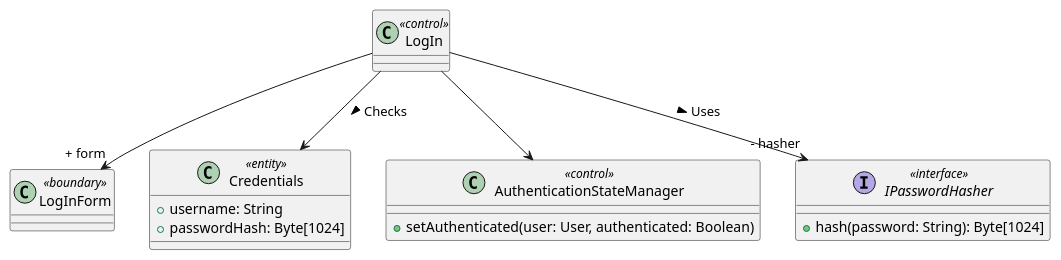
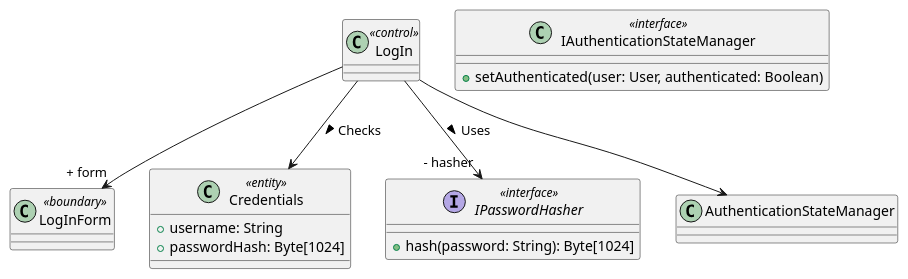
The second of 2 diagrams in Use Cases/LogIn.iuml (bmb0136/COMP-3700-Project), drawn with PlantUML before and after one commit. The commit also changed 1 other file, not shown here.

Commit message:
make auth state manager an interface

```diff
--- a/Use Cases/LogIn.iuml
+++ b/Use Cases/LogIn.iuml
@@ -28,18 +28,18 @@
 @startuml Log In Object Model
 class LogIn <<control>> {}
 class LogInForm <<boundary>> {}
 class Credentials <<entity>> {
   + username: String
   + passwordHash: Byte[1024]
 }
-class AuthenticationStateManager <<control>> {
+class IAuthenticationStateManager <<interface>> {
   + setAuthenticated(user: User, authenticated: Boolean)
 }
 interface IPasswordHasher <<interface>> {
   + hash(password: String): Byte[1024]
 }
 LogIn --> "+ form" LogInForm
 LogIn --> Credentials : Checks >
 LogIn --> "- hasher" IPasswordHasher : Uses >
 LogIn --> AuthenticationStateManager
 @enduml
```
